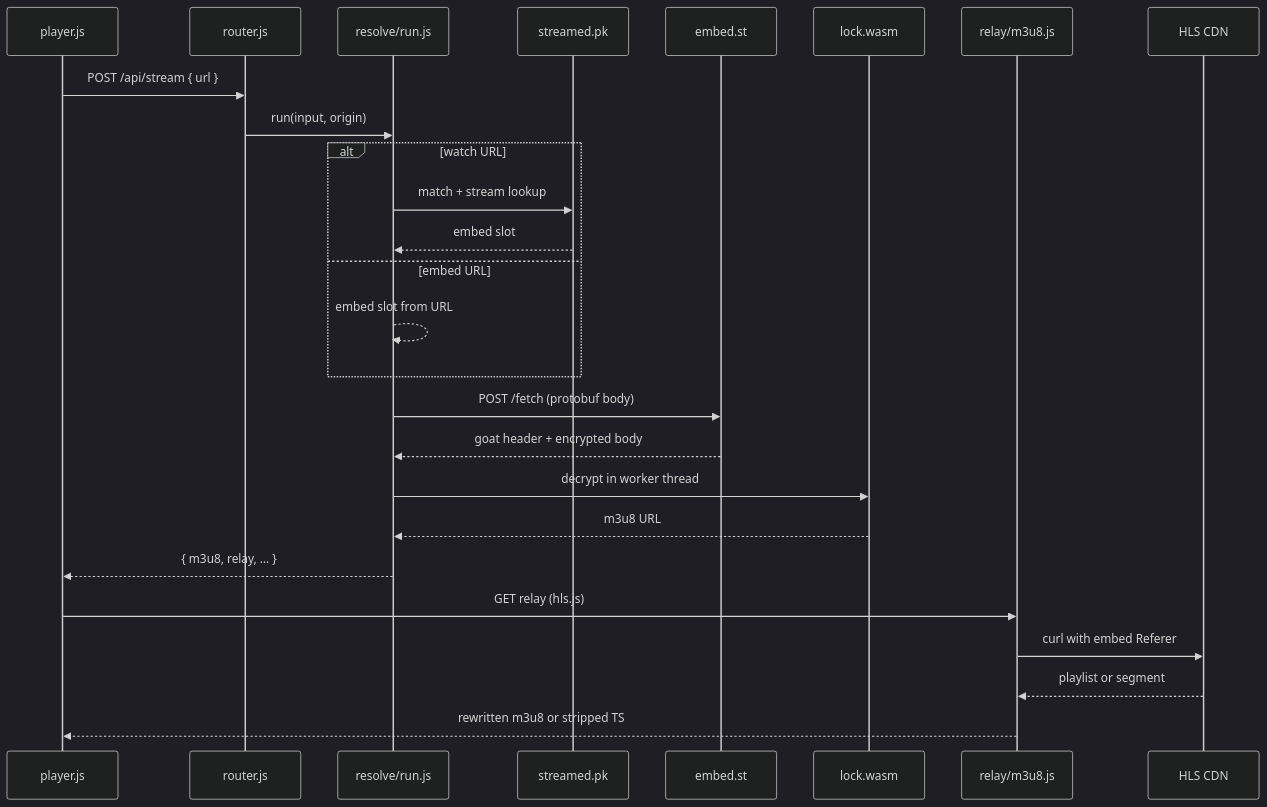
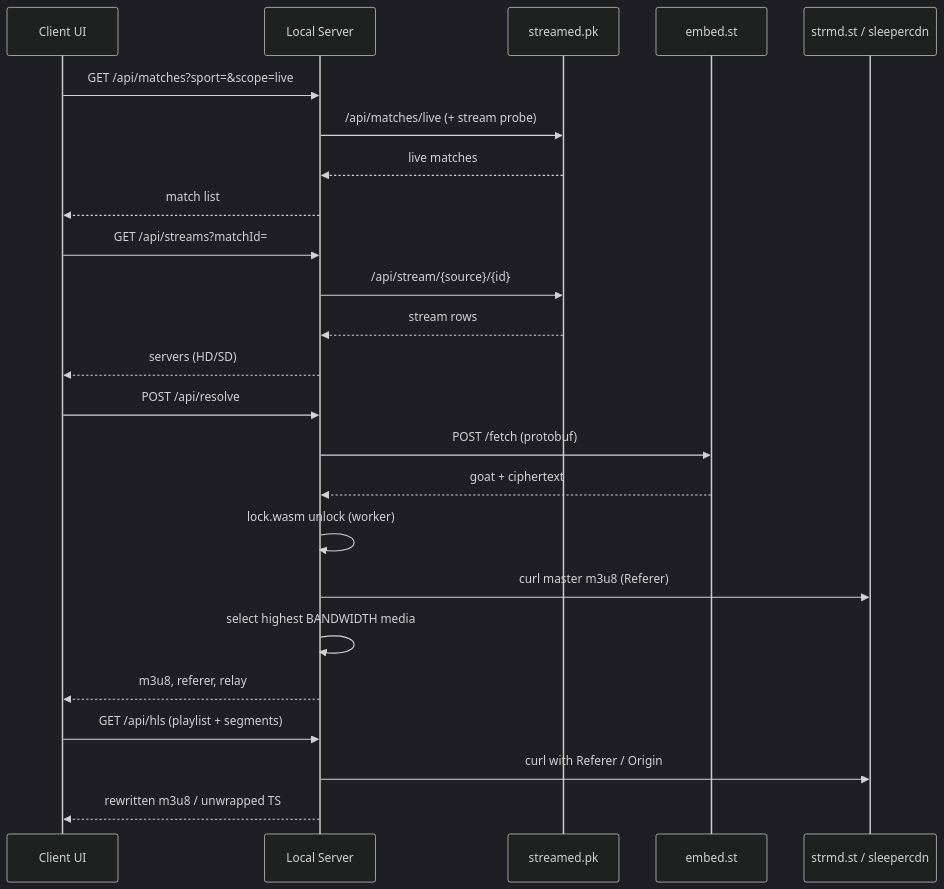
One commit to fredfonter-source/streamed-pk-hls-stream-resolver changed the diagram in README.md. Above: the diagram before and after it, drawn with Mermaid (dark theme). The commit also changed other lines of this file, not shown here.

Commit message:
rewrite README for the TypeScript resolver architecture and API

````diff
--- a/README.md
+++ b/README.md
@@ -74,29 +78,30 @@
 ```mermaid
 sequenceDiagram
-  participant UI as player.js
-  participant Route as router.js
-  participant Run as resolve/run.js
+  participant UI as Client UI
+  participant API as Local Server
   participant SPK as streamed.pk
   participant EST as embed.st
-  participant WASM as lock.wasm
-  participant Relay as relay/m3u8.js
-  participant CDN as HLS CDN
+  participant CDN as strmd.st / sleepercdn
 
-  UI->>Route: POST /api/stream { url }
-  Route->>Run: run(input, origin)
-  alt watch URL
-    Run->>SPK: match + stream lookup
-    SPK-->>Run: embed slot
-  else embed URL
-    Run-->>Run: embed slot from URL
-  end
-  Run->>EST: POST /fetch (protobuf body)
-  EST-->>Run: goat header + encrypted body
-  Run->>WASM: decrypt in worker thread
-  WASM-->>Run: m3u8 URL
-  Run-->>UI: { m3u8, relay, … }
-  UI->>Relay: GET relay (hls.js)
-  Relay->>CDN: curl with embed Referer
-  CDN-->>Relay: playlist or segment
-  Relay-->>UI: rewritten m3u8 or stripped TS
+  UI->>API: GET /api/matches?sport=&scope=live
+  API->>SPK: /api/matches/live (+ stream probe)
+  SPK-->>API: live matches
+  API-->>UI: match list
+
+  UI->>API: GET /api/streams?matchId=
+  API->>SPK: /api/stream/{source}/{id}
+  SPK-->>API: stream rows
+  API-->>UI: servers (HD/SD)
+
+  UI->>API: POST /api/resolve
+  API->>EST: POST /fetch (protobuf)
+  EST-->>API: goat + ciphertext
+  API->>API: lock.wasm unlock (worker)
+  API->>CDN: curl master m3u8 (Referer)
+  API->>API: select highest BANDWIDTH media
+  API-->>UI: m3u8, referer, relay
+
+  UI->>API: GET /api/hls (playlist + segments)
+  API->>CDN: curl with Referer / Origin
+  API-->>UI: rewritten m3u8 / unwrapped TS
 ```
````
